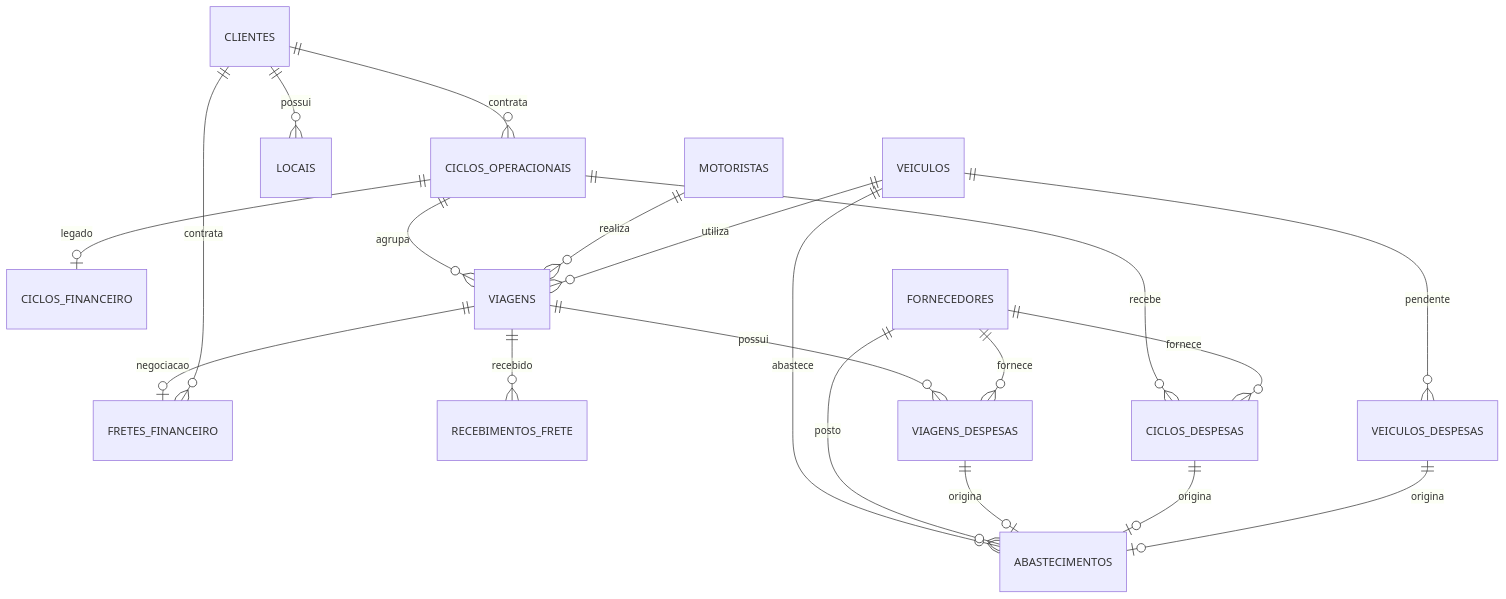
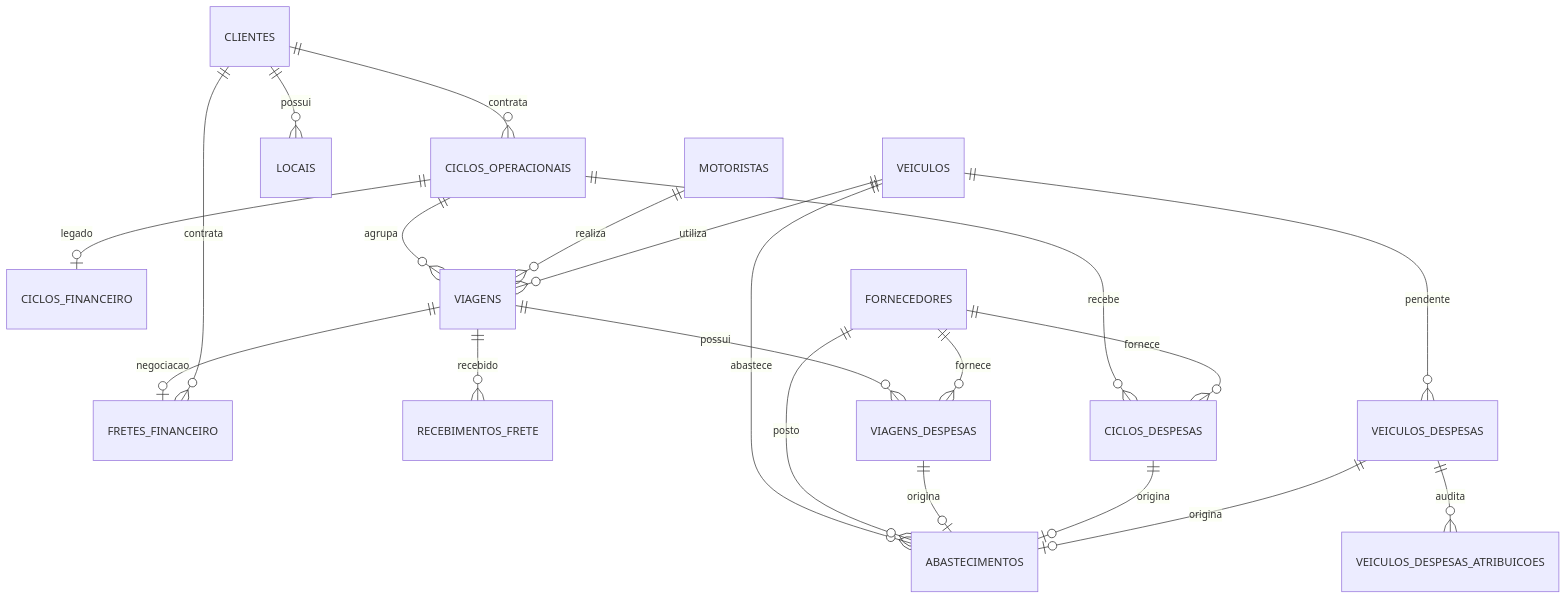
The diagram in docs/arquitetura_banco.md (felpontes98/faeg-logistica-app), drawn with Mermaid before and after one commit. The commit also changed other lines of this file and 7 other files, not shown here.

````diff
--- a/docs/arquitetura_banco.md
+++ b/docs/arquitetura_banco.md
@@ -30,22 +31,23 @@
 ```mermaid
 erDiagram
     CLIENTES ||--o{ CICLOS_OPERACIONAIS : contrata
     CLIENTES ||--o{ LOCAIS : possui
     CICLOS_OPERACIONAIS ||--o| CICLOS_FINANCEIRO : legado
     CICLOS_OPERACIONAIS ||--o{ VIAGENS : agrupa
     VIAGENS ||--o| FRETES_FINANCEIRO : negociacao
     VIAGENS ||--o{ RECEBIMENTOS_FRETE : recebido
     CLIENTES ||--o{ FRETES_FINANCEIRO : contrata
     MOTORISTAS ||--o{ VIAGENS : realiza
     VEICULOS ||--o{ VIAGENS : utiliza
     VEICULOS ||--o{ ABASTECIMENTOS : abastece
     VEICULOS ||--o{ VEICULOS_DESPESAS : pendente
+    VEICULOS_DESPESAS ||--o{ VEICULOS_DESPESAS_ATRIBUICOES : audita
     VIAGENS ||--o{ VIAGENS_DESPESAS : possui
     CICLOS_OPERACIONAIS ||--o{ CICLOS_DESPESAS : recebe
     FORNECEDORES ||--o{ VIAGENS_DESPESAS : fornece
     FORNECEDORES ||--o{ CICLOS_DESPESAS : fornece
     FORNECEDORES ||--o{ ABASTECIMENTOS : posto
     VIAGENS_DESPESAS ||--o| ABASTECIMENTOS : origina
     CICLOS_DESPESAS ||--o| ABASTECIMENTOS : origina
     VEICULOS_DESPESAS ||--o| ABASTECIMENTOS : origina
 ```
````
